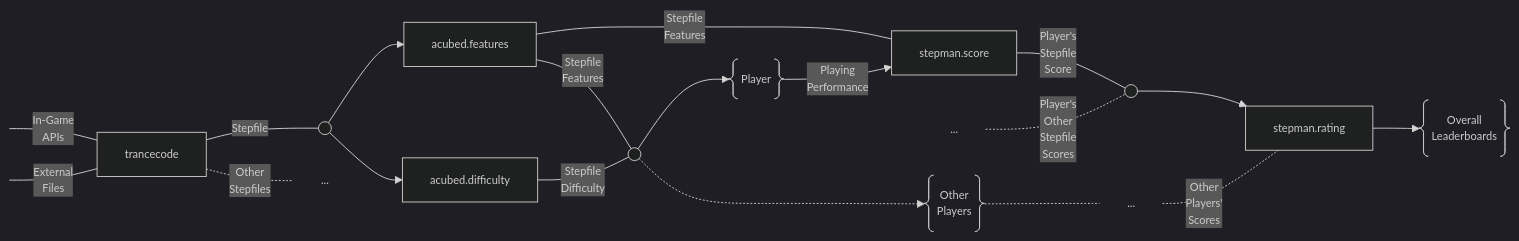
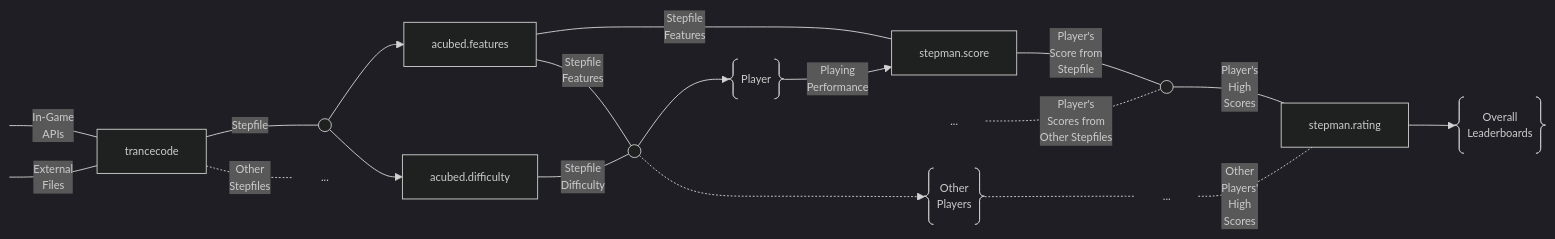
The diagram in profile/README.md (stepmanai/.github), drawn with Mermaid before and after one commit.

````diff
--- a/profile/README.md
+++ b/profile/README.md
@@ -62,63 +62,65 @@
 ```mermaid
 %%{
   init: {
     'theme': 'dark',
     'themeVariables': {
       'fontFamily': 'courier',
       'fontSize': '12px'
     }
   }
 }%%
 
 flowchart LR
 
 D1 ---|Player's
-Stepfile
-Score| R@{shape: sm-circ} --> D
+Score from
+Stepfile| R@{shape: sm-circ} ---|Player's
+High
+Scores| D
 
 D3["..."] -.-|Player's
-Other
-Stepfile
-Scores| R;
+Scores from
+Other Stepfiles| R;
 
 F2 -.-> H@{shape: braces, label: "Other
 Players"} -.- D2["..."]
 
 D@{ label: "stepman.rating" } --> G@{shape: braces, label: "Overall
 Leaderboards"};
 C@{ label: "acubed.features" }---|"Stepfile
 Features"|F2@{shape: sm-circ} -->F;
 B ---|Stepfile| P@{shape: sm-circ} --> C;
 P --> C1@{ label: "acubed.difficulty" }---|"Stepfile
 Difficulty"|F2@{shape: sm-circ}
 
 C---|"Stepfile
 Features"|D1
 
 A4[ ]---|"In-Game
 APIs"|B;
 A1[ ]---|"External
 Files"|B@{label: "trancecode" };
 
 B -.-|Other
 Stepfiles| D4["..."];
 
 F@{shape: braces, label: "Player"} -->|Playing
 Performance|D1@{ label: "stepman.score" };
 
 D2-.-|Other 
 Players'
+High
 Scores|D;
 
 click B "https://github.com/stepmanai/trancecode";
 click C "https://github.com/stepmanai/acubed";
 click C1 "https://github.com/stepmanai/acubed";
 click D1 "https://github.com/stepmanai/stepman";
 click D "https://github.com/stepmanai/stepman";
 style A1 height:0px;
 style A4 height:0px;
 style D2 height:0px;
 style D3 height:0px;
 style D4 height:0px;
 
 ``` 
````
